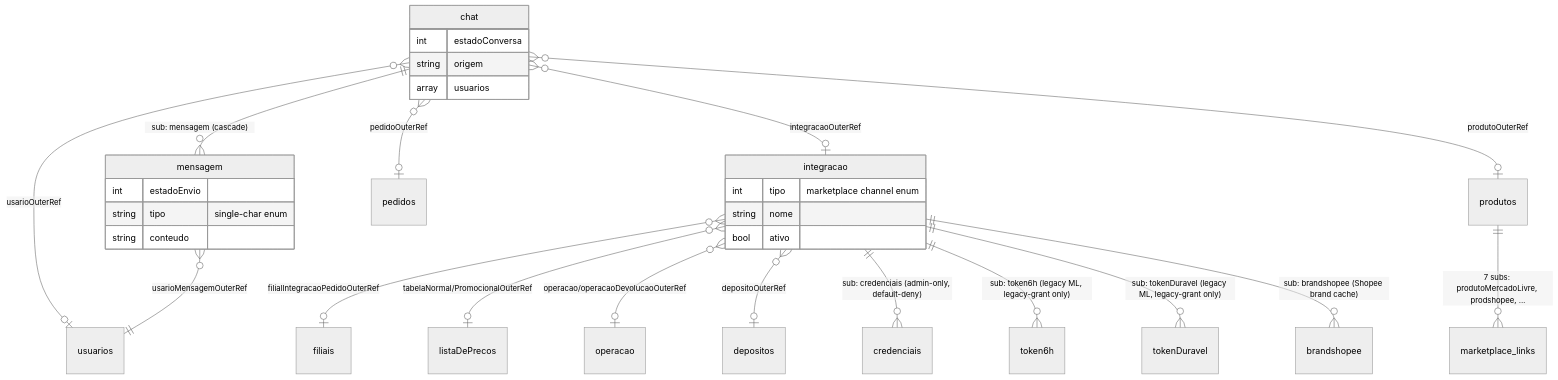
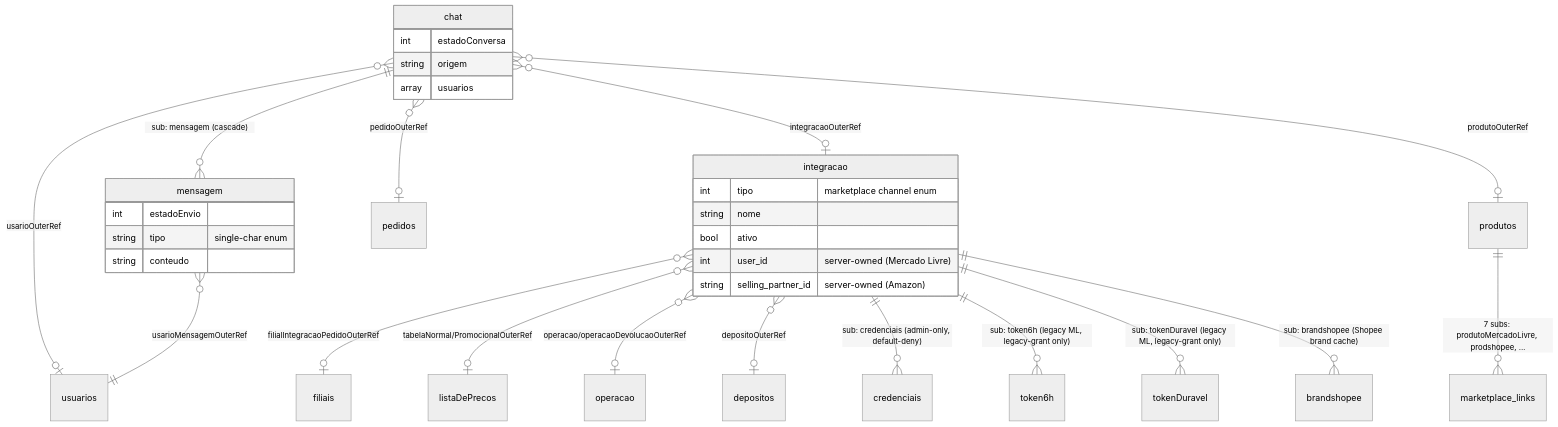
The eighth of 8 diagrams in apps/docs/src/content/docs/architecture/database-schema.md (Hinten/next_erp), drawn with Mermaid (neutral theme) before and after one commit. The commit also changed other lines of this file and 9 other files, not shown here.

````diff
--- a/apps/docs/src/content/docs/architecture/database-schema.md
+++ b/apps/docs/src/content/docs/architecture/database-schema.md
@@ -443,36 +462,38 @@
 ```mermaid
 erDiagram
   chat ||--o{ mensagem : "sub: mensagem (cascade)"
   chat }o--o| usuarios : "usarioOuterRef"
   chat }o--o| integracao : "integracaoOuterRef"
   chat }o--o| pedidos : "pedidoOuterRef"
   chat }o--o| produtos : "produtoOuterRef"
   mensagem }o--|| usuarios : "usarioMensagemOuterRef"
 
   integracao }o--o| filiais : "filialIntegracaoPedidoOuterRef"
   integracao }o--o| listaDePrecos : "tabelaNormal/PromocionalOuterRef"
   integracao }o--o| operacao : "operacao/operacaoDevolucaoOuterRef"
   integracao }o--o| depositos : "depositoOuterRef"
   integracao ||--o{ credenciais : "sub: credenciais (admin-only, default-deny)"
   integracao ||--o{ token6h : "sub: token6h (legacy ML, legacy-grant only)"
   integracao ||--o{ tokenDuravel : "sub: tokenDuravel (legacy ML, legacy-grant only)"
   integracao ||--o{ brandshopee : "sub: brandshopee (Shopee brand cache)"
 
   produtos ||--o{ marketplace_links : "7 subs: produtoMercadoLivre, prodshopee, …"
 
   chat {
     int estadoConversa
     string origem
     array usuarios
   }
   mensagem {
     int estadoEnvio
     string tipo "single-char enum"
     string conteudo
   }
   integracao {
     int tipo "marketplace channel enum"
     string nome
     bool ativo
+    int user_id "server-owned (Mercado Livre)"
+    string selling_partner_id "server-owned (Amazon)"
   }
 ```
````
